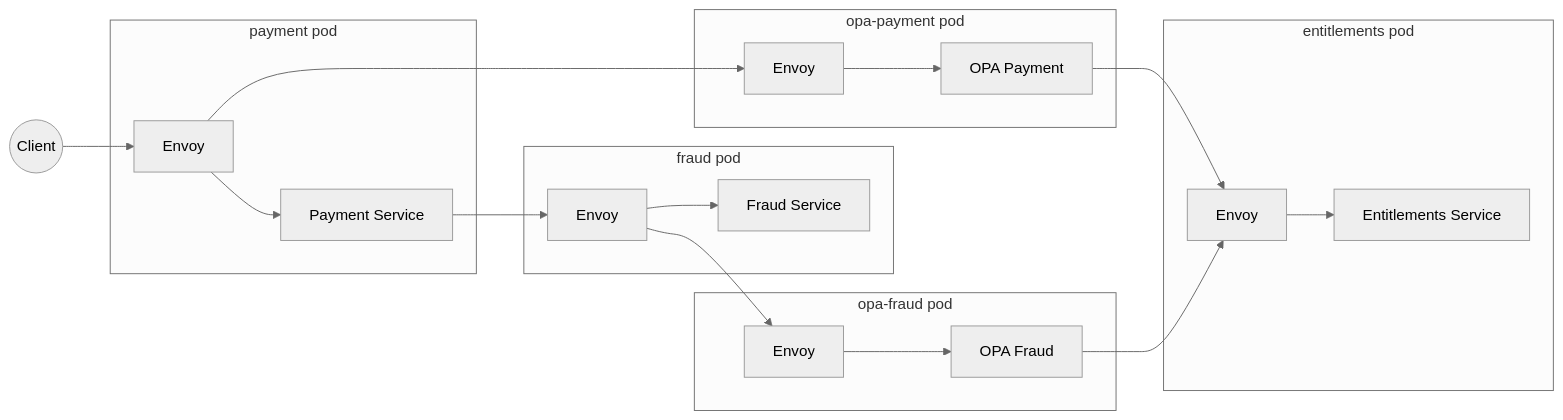
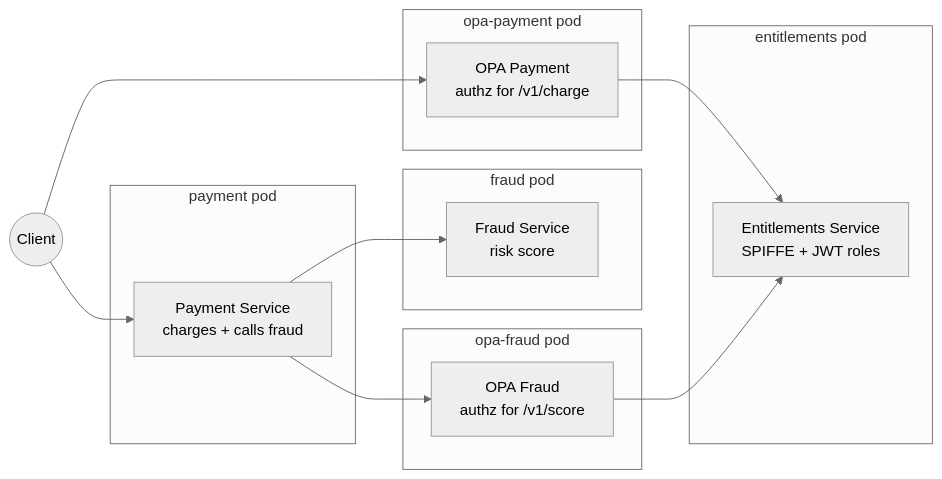
One commit to jeremymefford/spiffe-authz changed the first of 3 diagrams in README.md. Above: the diagram before and after it, drawn with Mermaid (neutral theme).

Commit message:
updating diagrams

````diff
--- a/README.md
+++ b/README.md
@@ -139,41 +139,31 @@
 ```mermaid
 flowchart LR
     Client((Client))
 
     subgraph PaymentPod["payment pod"]
-        PE[Envoy]
-        P[Payment Service]
+        P["Payment Service<br/>charges + calls fraud"]
     end
 
     subgraph OpaPaymentPod["opa-payment pod"]
-        OPE[Envoy]
-        OP[OPA Payment]
+        OP["OPA Payment<br/>authz for /v1/charge"]
     end
 
     subgraph EntitlementsPod["entitlements pod"]
-        EE[Envoy]
-        E[Entitlements Service]
+        E["Entitlements Service<br/>SPIFFE + JWT roles"]
     end
 
     subgraph FraudPod["fraud pod"]
-        FE[Envoy]
-        F[Fraud Service]
+        F["Fraud Service<br/>risk score"]
     end
 
     subgraph OpaFraudPod["opa-fraud pod"]
-        OFE[Envoy]
-        OF[OPA Fraud]
+        OF["OPA Fraud<br/>authz for /v1/score"]
     end
 
-    Client --> PE
-    PE --> P
-    PE --> OPE
-    OPE --> OP
-    OP --> EE
-    EE --> E
-    P --> FE
-    FE --> F
-    FE --> OFE
-    OFE --> OF
-    OF --> EE
+    Client --> P
+    Client --> OP
+    OP --> E
+    P --> F
+    P --> OF
+    OF --> E
 ```
````
